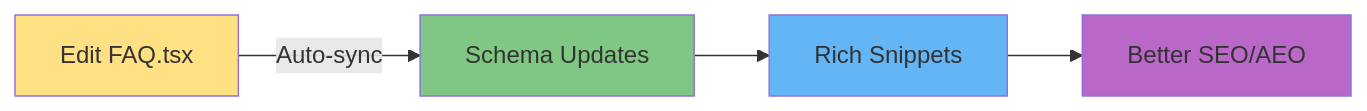
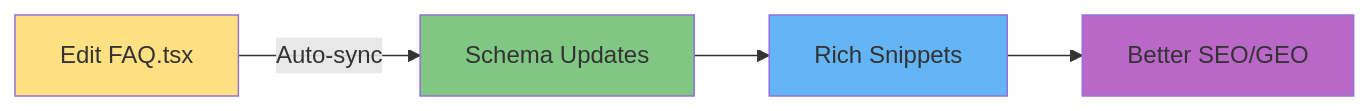
Before and after one commit to texavor/texavor-react: the diagram in guide/schema-summary.md, drawn with Mermaid. The commit also changed other lines of this file and 20 other files, not shown here.

Commit message:
aeo to geo branding

````diff
--- a/guide/schema-summary.md
+++ b/guide/schema-summary.md
@@ -24,11 +24,11 @@
 ```mermaid
 graph LR
     A[Edit FAQ.tsx] -->|Auto-sync| B[Schema Updates]
     B --> C[Rich Snippets]
-    C --> D[Better SEO/AEO]
+    C --> D[Better SEO/GEO]
 
     style A fill:#FFE082
     style B fill:#81C784
     style C fill:#64B5F6
     style D fill:#BA68C8
 ```
````
